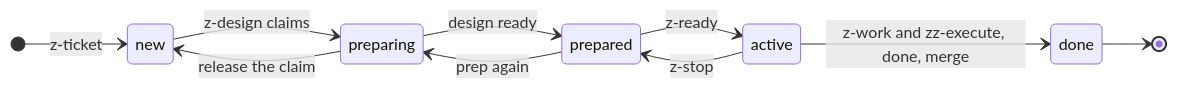
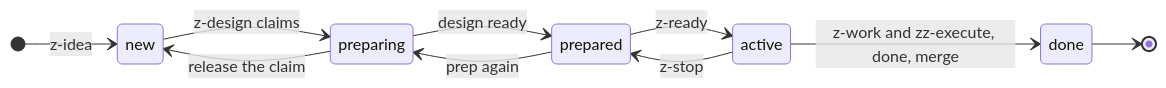
The third of 3 diagrams in z-nile/README.md (philipbergen/z-nile), drawn with Mermaid before and after one commit. The commit also changed other lines of this file and 81 other files, not shown here.

Commit message:
c0436: z-ticket becomes z-idea and z-run z-code, each kept as a one-line alias; stage names on the board and in the docs

````diff
--- a/z-nile/README.md
+++ b/z-nile/README.md
@@ -256,13 +272,13 @@
 ```mermaid
 stateDiagram-v2
   direction LR
-  [*] --> new: z-ticket
+  [*] --> new: z-idea
   new --> preparing: z-design claims
   preparing --> new: release the claim
   preparing --> prepared: design ready
   prepared --> preparing: prep again
   prepared --> active: z-ready
   active --> prepared: z-stop
   active --> done: z-work and zz-execute, done, merge
   done --> [*]
 ```
````
